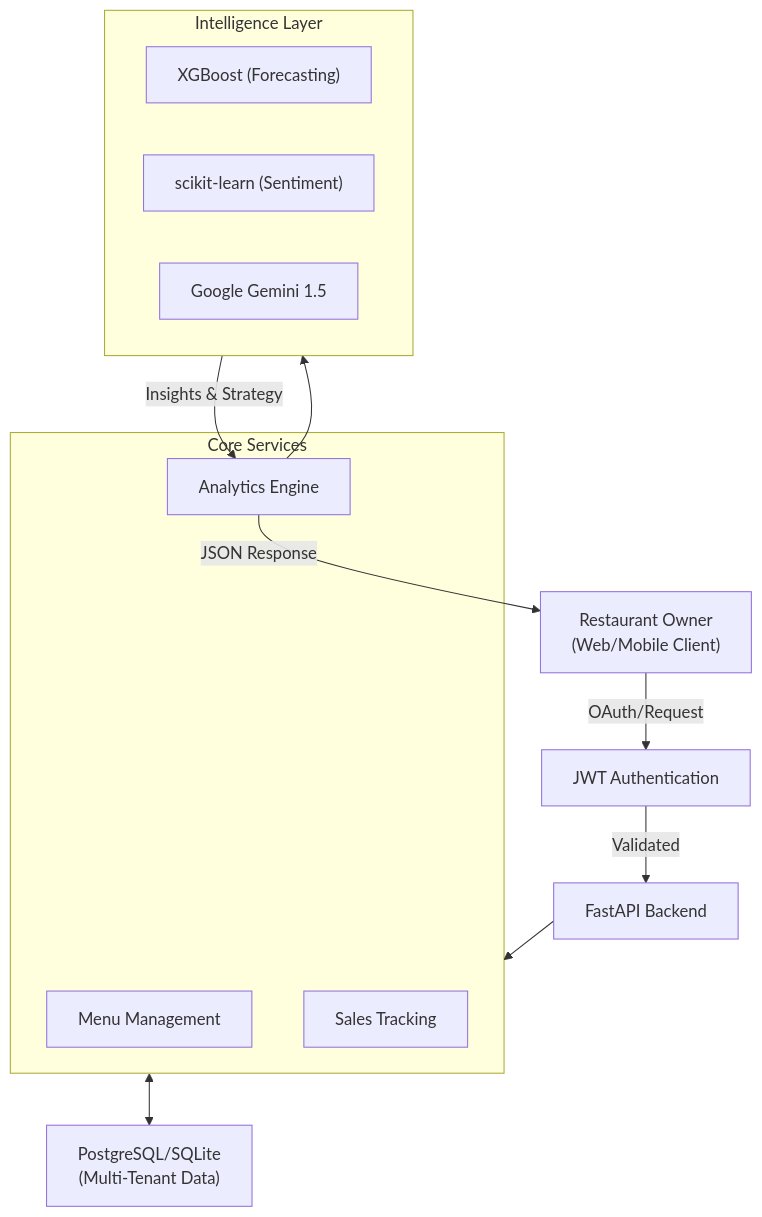
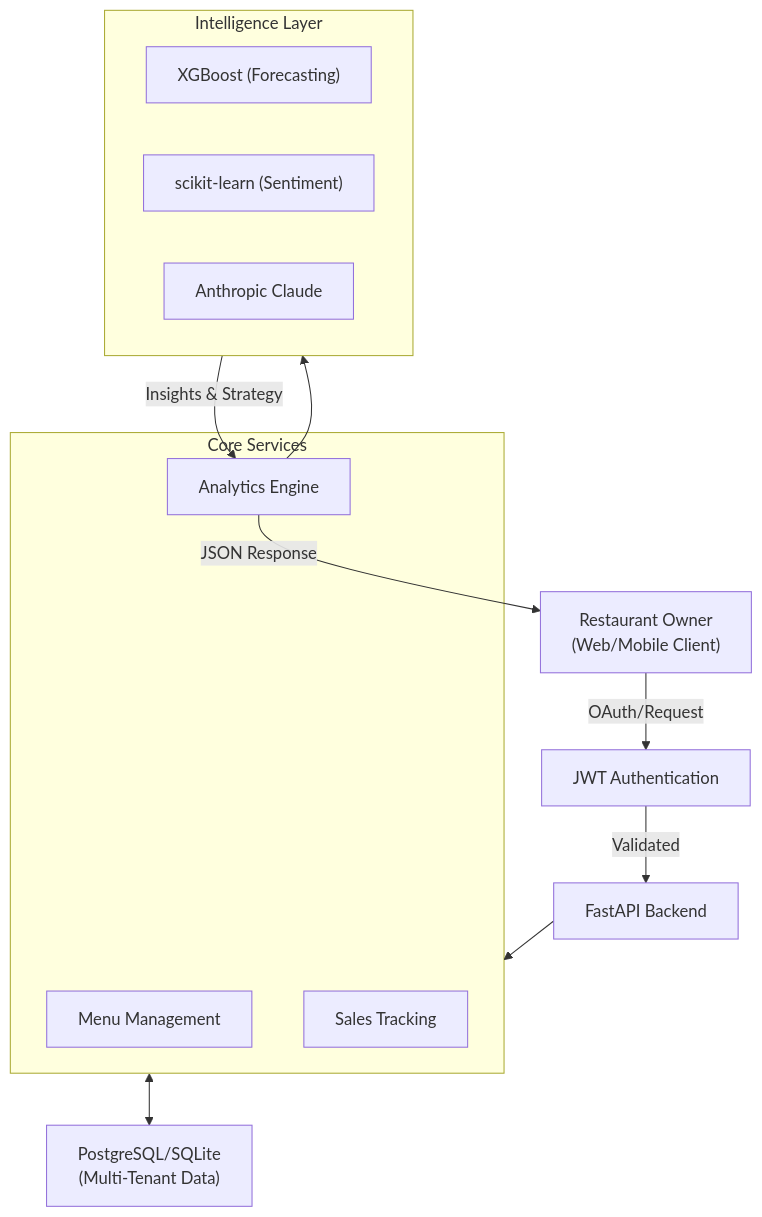
One commit to taksh1507/OpsMind-AI-Restaurant-Operations-Intelligence-System changed the diagram in README.md. Above: the diagram before and after it, drawn with Mermaid. The commit also changed other lines of this file and 24 other files, not shown here.

````diff
--- a/README.md
+++ b/README.md
@@ -63,28 +63,28 @@
 ```mermaid
 graph TB
     User["Restaurant Owner<br/>(Web/Mobile Client)"]
     Auth["JWT Authentication"]
     FastAPI["FastAPI Backend"]
     
     subgraph CoreServices [Core Services]
         Menu["Menu Management"]
         Sales["Sales Tracking"]
         Analytics["Analytics Engine"]
     end
     
     Database["PostgreSQL/SQLite<br/>(Multi-Tenant Data)"]
     
     subgraph IntelligenceLayer [Intelligence Layer]
         XGB["XGBoost (Forecasting)"]
         Sklearn["scikit-learn (Sentiment)"]
-        Gemini["Google Gemini 1.5"]
+        Claude["Anthropic Claude"]
     end
     
     User -->|OAuth/Request| Auth
     Auth -->|Validated| FastAPI
     FastAPI --> CoreServices
     CoreServices <--> Database
     Analytics --> IntelligenceLayer
     IntelligenceLayer -->|Insights & Strategy| Analytics
     Analytics -->|JSON Response| User
 ```
````
